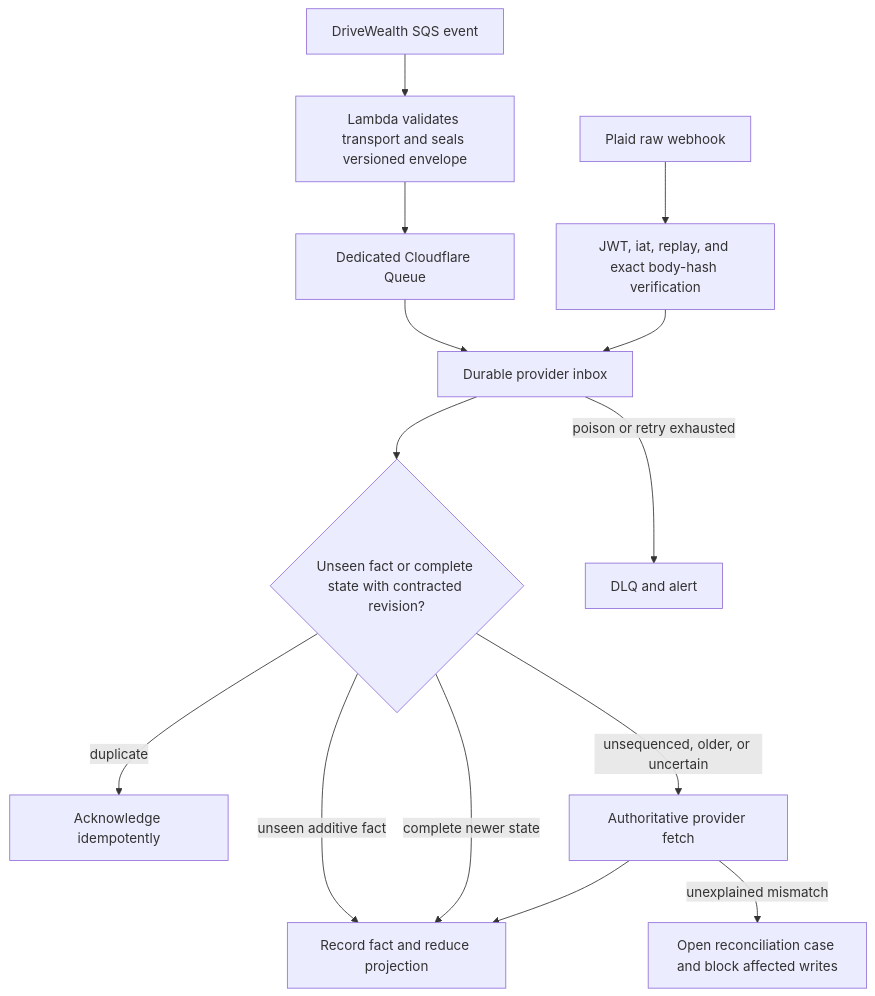
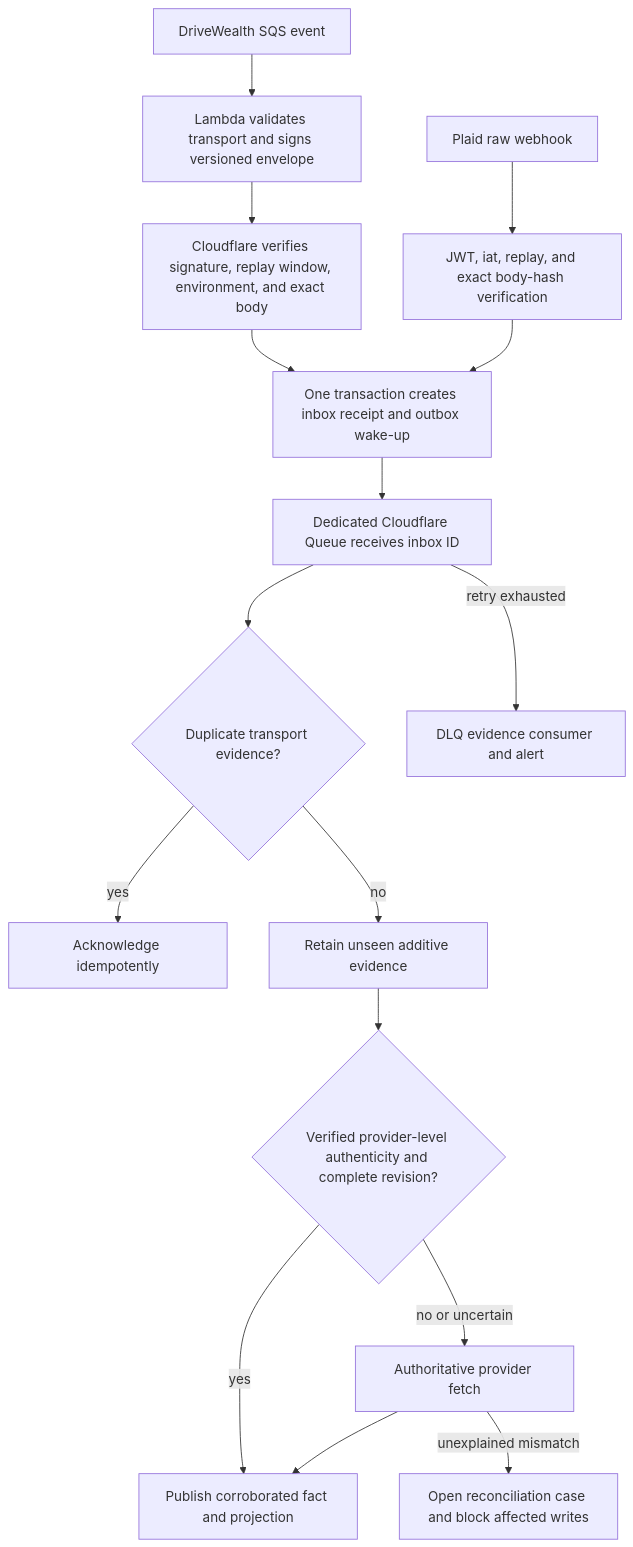
One commit to ErwinHe7/Argus changed the fourth of 8 diagrams in docs/plans/2026-08-26-0121-feat-drivewealth-plaid-backend-plan.md. Above: the diagram before and after it, drawn with Mermaid. The commit also changed other lines of this file and 11 other files, not shown here.

````diff
--- a/docs/plans/2026-08-26-0121-feat-drivewealth-plaid-backend-plan.md
+++ b/docs/plans/2026-08-26-0121-feat-drivewealth-plaid-backend-plan.md
@@ -265,16 +285,18 @@
 ```mermaid
 flowchart TD
-    DWE[DriveWealth SQS event] --> L[Lambda validates transport and seals versioned envelope]
-    L --> Q[Dedicated Cloudflare Queue]
+    DWE[DriveWealth SQS event] --> L[Lambda validates transport and signs versioned envelope]
+    L --> V2[Cloudflare verifies signature, replay window, environment, and exact body]
     PE[Plaid raw webhook] --> V[JWT, iat, replay, and exact body-hash verification]
-    Q --> I[Durable provider inbox]
+    V2 --> I[One transaction creates inbox receipt and outbox wake-up]
     V --> I
-    I --> D{Unseen fact or complete state with contracted revision?}
-    D -->|unseen additive fact| P[Record fact and reduce projection]
-    D -->|complete newer state| P
-    D -->|duplicate| A[Acknowledge idempotently]
-    D -->|unsequenced, older, or uncertain| F[Authoritative provider fetch]
+    I --> Q[Dedicated Cloudflare Queue receives inbox ID]
+    Q --> D{Duplicate transport evidence?}
+    D -->|yes| A[Acknowledge idempotently]
+    D -->|no| E[Retain unseen additive evidence]
+    E --> S{Verified provider-level authenticity and complete revision?}
+    S -->|yes| P[Publish corroborated fact and projection]
+    S -->|no or uncertain| F[Authoritative provider fetch]
     F --> P
     F -->|unexplained mismatch| C[Open reconciliation case and block affected writes]
-    I -->|poison or retry exhausted| DLQ[DLQ and alert]
+    Q -->|retry exhausted| DLQ[DLQ evidence consumer and alert]
 ```
````
